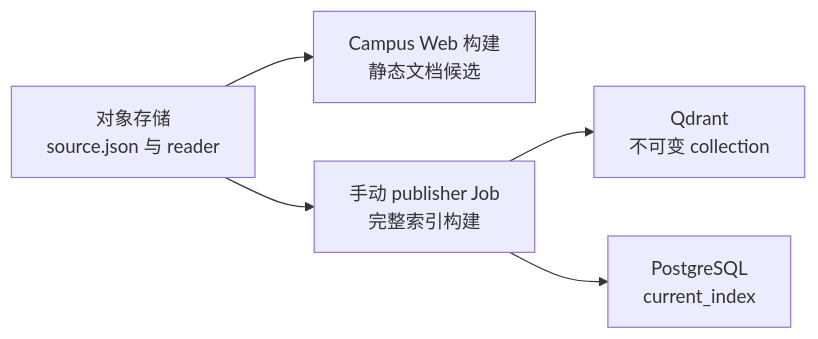
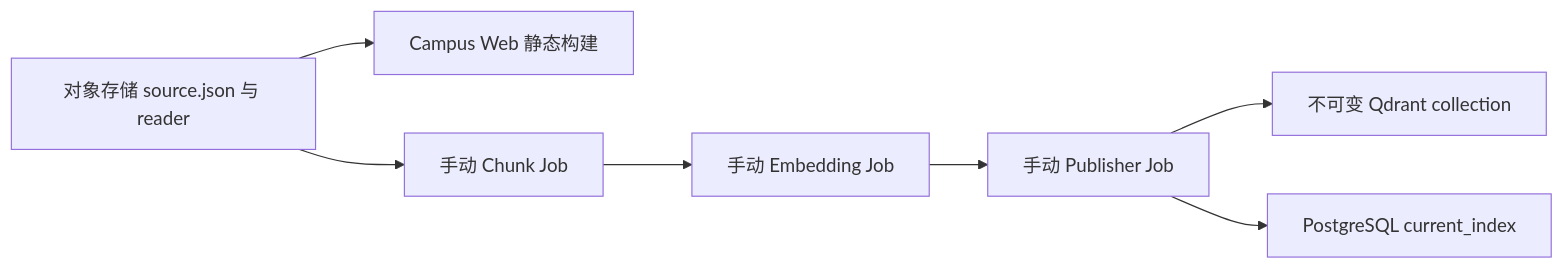
One commit to Luxfeier22331/campus-agent-main changed the third of 5 diagrams in docs/architecture/flows.md. Above: the diagram before and after it, drawn with Mermaid. The commit also changed other lines of this file and 576 other files, not shown here.

````diff
--- a/docs/architecture/flows.md
+++ b/docs/architecture/flows.md
@@ -105,12 +57,14 @@
 ```mermaid
 flowchart LR
-  Source["对象存储\nsource.json 与 reader"]
-  Site["Campus Web 构建\n静态文档候选"]
-  Publisher["手动 publisher Job\n完整索引构建"]
-  Qdrant["Qdrant\n不可变 collection"]
-  Current["PostgreSQL\ncurrent_index"]
+  Source[对象存储 source.json 与 reader]
+  Site[Campus Web 静态构建]
+  Chunk[手动 Chunk Job]
+  Embedding[手动 Embedding Job]
+  Publisher[手动 Publisher Job]
+  Qdrant[不可变 Qdrant collection]
+  Current[PostgreSQL current_index]
 
   Source --> Site
-  Source --> Publisher --> Qdrant
+  Source --> Chunk --> Embedding --> Publisher --> Qdrant
   Publisher --> Current
 ```
````
